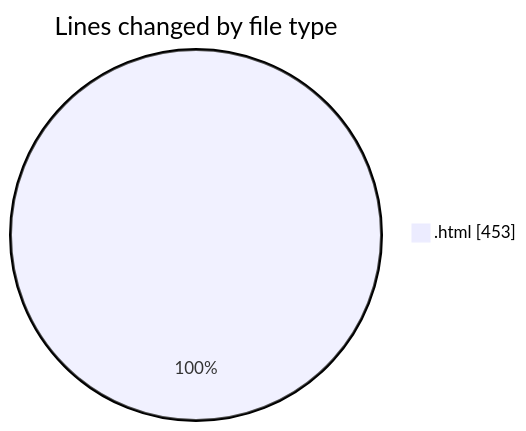
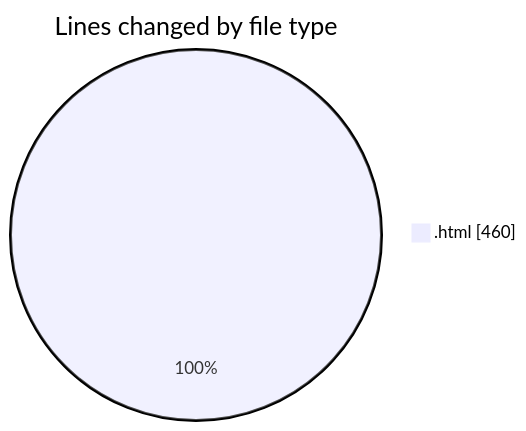
Before and after one commit to LanceThiago/code-tracking: the first of 2 diagrams in 2025-01-08/nueva_carpeta/README.md, drawn with Mermaid. The commit also changed other lines of this file and 1 other file, not shown here.

````diff
--- a/2025-01-08/nueva_carpeta/README.md
+++ b/2025-01-08/nueva_carpeta/README.md
@@ -20,5 +20,5 @@
 ```mermaid
 pie showData
 title Lines changed by file type
-".html" : 453
+".html" : 460
 ```
````
